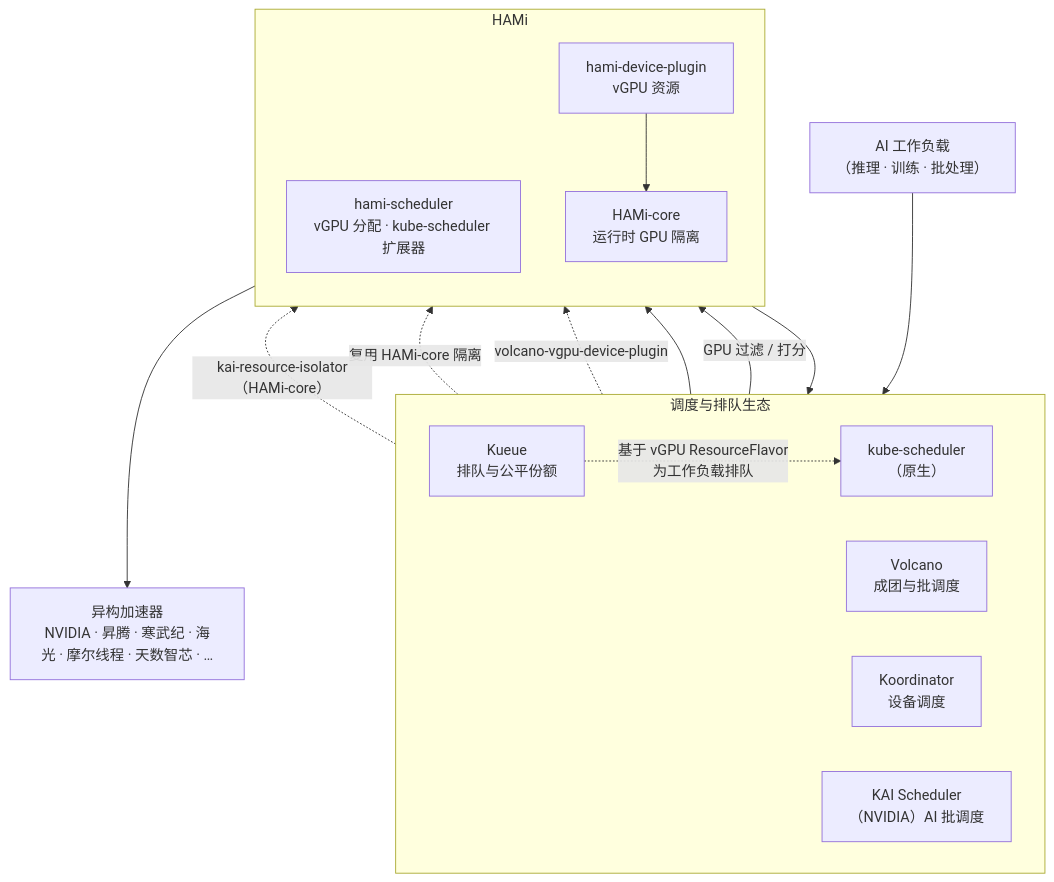
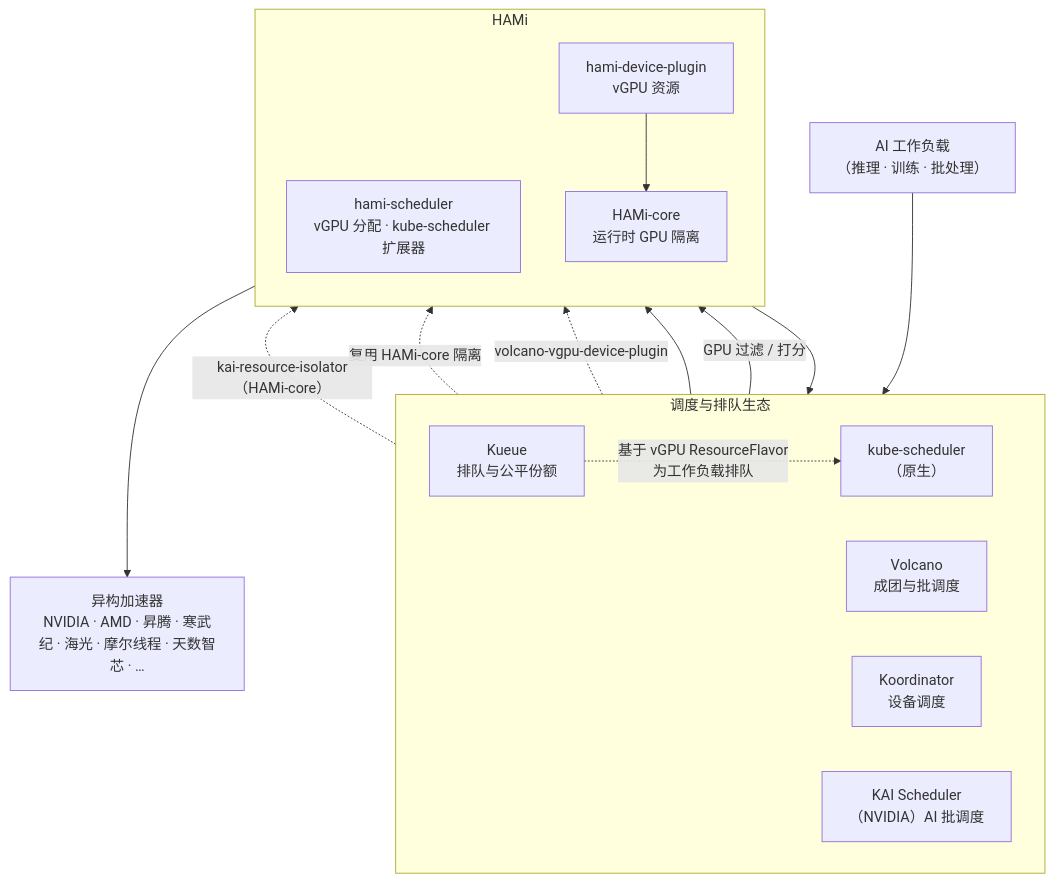
The diagram in i18n/zh/docusaurus-plugin-content-docs/current/core-concepts/ecosystem-integrations.md (Project-HAMi/website), drawn with Mermaid before and after one commit. The commit also changed 3 other files, not shown here.

````diff
--- a/i18n/zh/docusaurus-plugin-content-docs/current/core-concepts/ecosystem-integrations.md
+++ b/i18n/zh/docusaurus-plugin-content-docs/current/core-concepts/ecosystem-integrations.md
@@ -9,34 +9,34 @@
 ```mermaid
 %% title: HAMi 生态集成
 flowchart TB
     WL["AI 工作负载<br/>（推理 · 训练 · 批处理）"]
 
     subgraph Schedulers["调度与排队生态"]
         direction LR
         KS["kube-scheduler<br/>（原生）"]
         VOL["Volcano<br/>成团与批调度"]
         KUE["Kueue<br/>排队与公平份额"]
         KOO["Koordinator<br/>设备调度"]
         KAI["KAI Scheduler<br/>（NVIDIA）AI 批调度"]
     end
 
     subgraph HAMi["HAMi"]
         direction TB
         HSCHED["hami-scheduler<br/>vGPU 分配 · kube-scheduler 扩展器"]
         HDP["hami-device-plugin<br/>vGPU 资源"]
         CORE["HAMi-core<br/>运行时 GPU 隔离"]
     end
 
-    HW["异构加速器<br/>NVIDIA · 昇腾 · 寒武纪 · 海光 · 摩尔线程 · 天数智芯 · …"]
+    HW["异构加速器<br/>NVIDIA · AMD · 昇腾 · 寒武纪 · 海光 · 摩尔线程 · 天数智芯 · …"]
 
     WL --> Schedulers
     KS -->|"GPU 过滤 / 打分"| HSCHED
     HSCHED --> KS
     KS --> HDP
     HDP --> CORE
     VOL -.->|"volcano-vgpu-device-plugin"| CORE
     KOO -.->|"复用 HAMi-core 隔离"| CORE
     KAI -.->|"kai-resource-isolator（HAMi-core）"| CORE
     KUE -.->|"基于 vGPU ResourceFlavor<br/>为工作负载排队"| KS
     CORE --> HW
 ```
````
